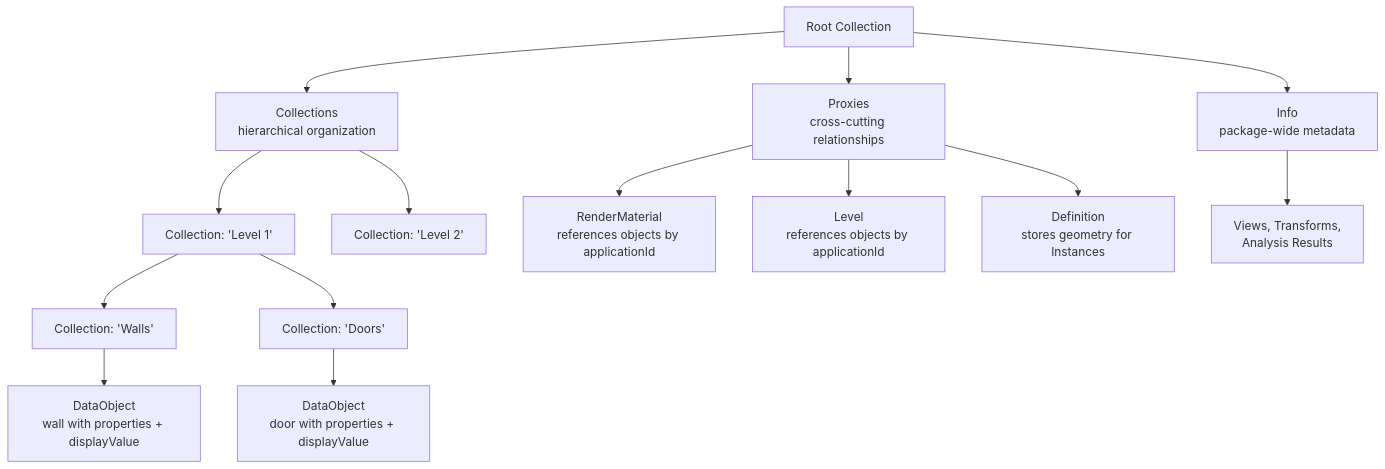
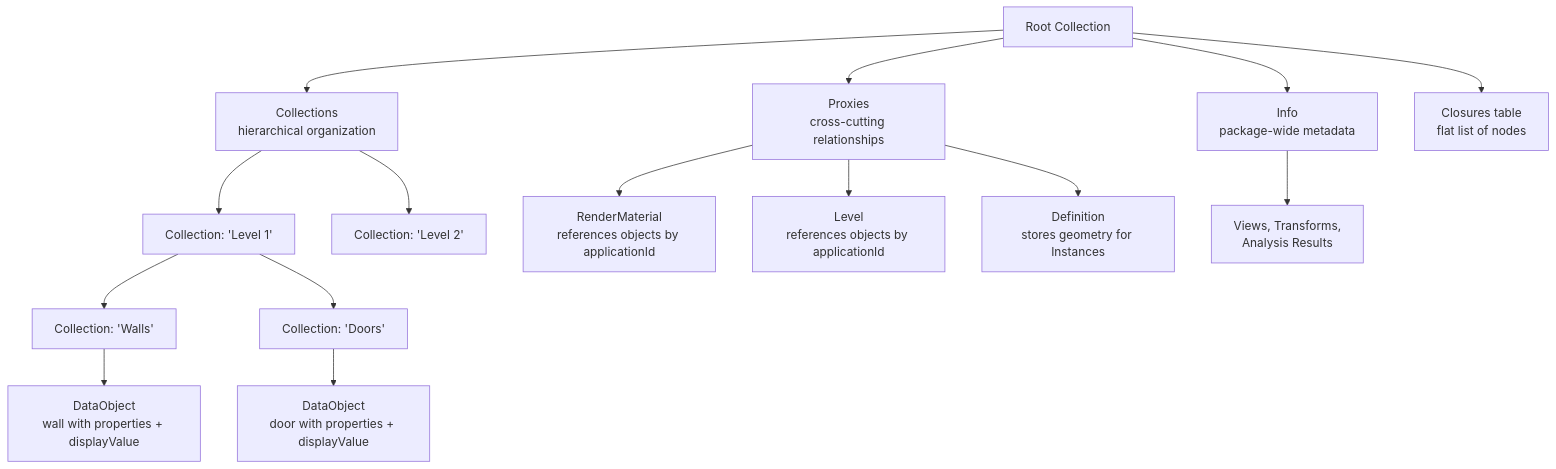
The second of 4 diagrams in developers/data-schema/overview.mdx (specklesystems/speckle-docs-NEW), drawn with Mermaid before and after one commit. The commit also changed other lines of this file and 6 other files, not shown here.

````diff
--- a/developers/data-schema/overview.mdx
+++ b/developers/data-schema/overview.mdx
@@ -74,19 +74,20 @@
 ```mermaid
 graph TD
     A[Root Collection] --> B[Collections<br/>hierarchical organization]
     A --> C[Proxies<br/>cross-cutting relationships]
     A --> D[Info<br/>package-wide metadata]
+    A --> E[Closures table<br/>flat list of nodes]
     
-    B --> E["Collection: 'Level 1'"]
-    E --> F["Collection: 'Walls'"]
-    F --> G[DataObject<br/>wall with properties + displayValue]
-    E --> H["Collection: 'Doors'"]
-    H --> I[DataObject<br/>door with properties + displayValue]
-    B --> J["Collection: 'Level 2'"]
+    B --> F["Collection: 'Level 1'"]
+    F --> G["Collection: 'Walls'"]
+    G --> H[DataObject<br/>wall with properties + displayValue]
+    F --> I["Collection: 'Doors'"]
+    I --> J[DataObject<br/>door with properties + displayValue]
+    B --> K["Collection: 'Level 2'"]
     
-    C --> K[RenderMaterial<br/>references objects by applicationId]
-    C --> L[Level<br/>references objects by applicationId]
-    C --> M[Definition<br/>stores geometry for Instances]
+    C --> L[RenderMaterial<br/>references objects by applicationId]
+    C --> M[Level<br/>references objects by applicationId]
+    C --> N[Definition<br/>stores geometry for Instances]
     
-    D --> N[Views, Transforms,<br/>Analysis Results]
+    D --> O[Views, Transforms,<br/>Analysis Results]
 ```
````
